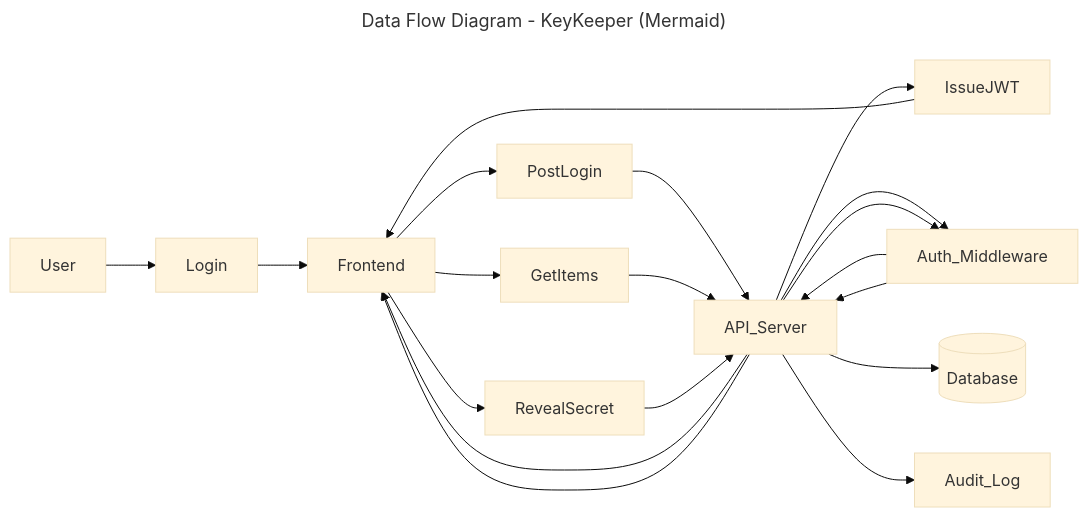
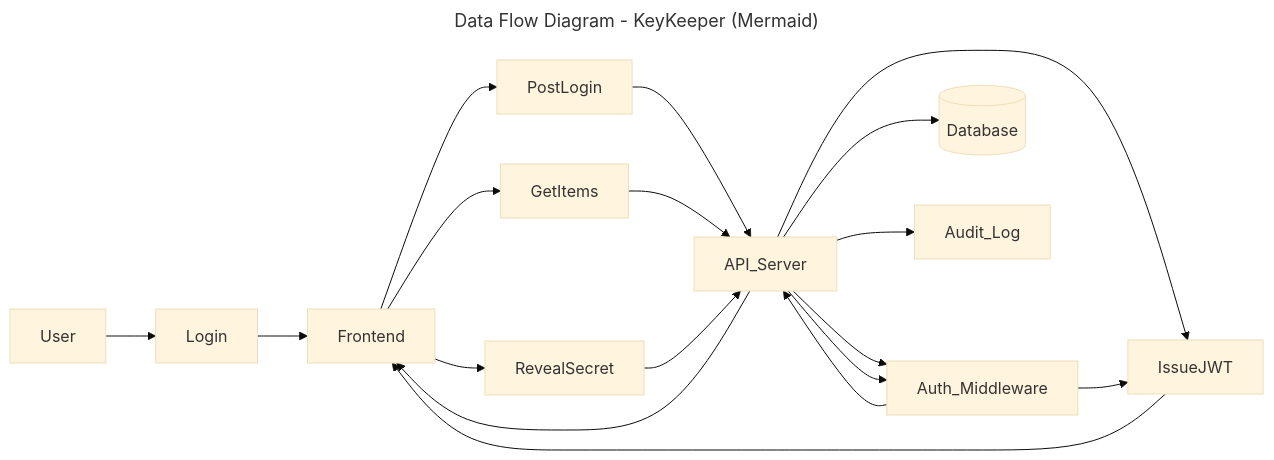
Before and after one commit to osteinke/security-capstone-student: the diagram in 05-keykeeper/threat-model/dfd.mmd, drawn with Mermaid (base theme). The commit also changed other lines of this file, not shown here.

Commit message:
add diagram

```diff
--- a/05-keykeeper/threat-model/dfd.mmd
+++ b/05-keykeeper/threat-model/dfd.mmd
@@ -1,26 +1,24 @@
 ---
 title: Data Flow Diagram - KeyKeeper (Mermaid)
 ---
 flowchart LR
     U[User]
     FE[Frontend]
     API[API_Server]
     AUTH[Auth_Middleware]
     DB[(Database)]
     LOG[Audit_Log]
 
     U --> Login --> FE
     FE --> PostLogin --> API
     API --> IssueJWT --> FE
 
     FE --> GetItems --> API
-    API --> AUTH
+    API --> AUTH --> IssueJWT
     AUTH --> API
     API --> FE
 
     FE --> RevealSecret --> API
     API --> AUTH
-    AUTH --> API
     API --> DB
     API --> LOG
-    API --> FE
```
